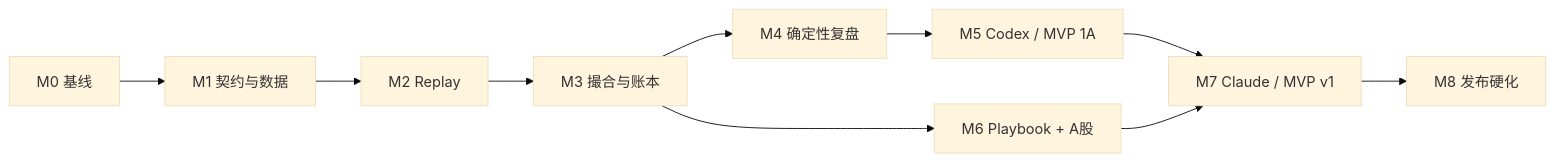
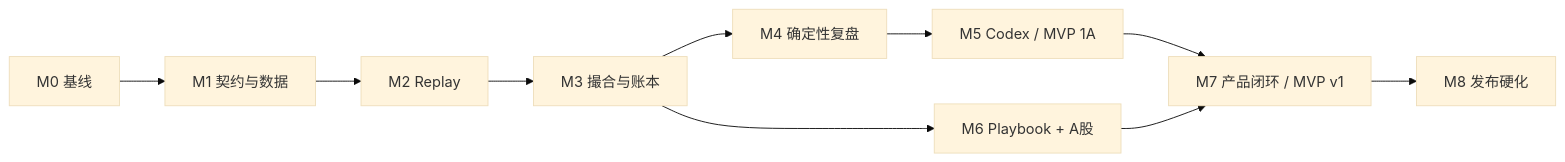
The second of 2 diagrams in docs/MVP_IMPLEMENTATION_PLAN.md (guangtouwangba/replaytutor), drawn with Mermaid (base theme) before and after one commit. The commit also changed other lines of this file and 182 other files, not shown here.

````diff
--- a/docs/MVP_IMPLEMENTATION_PLAN.md
+++ b/docs/MVP_IMPLEMENTATION_PLAN.md
@@ -929,12 +944,12 @@
 ```mermaid
 flowchart LR
     M0["M0 基线"] --> M1["M1 契约与数据"]
     M1 --> M2["M2 Replay"]
     M2 --> M3["M3 撮合与账本"]
     M3 --> M4["M4 确定性复盘"]
     M4 --> M5["M5 Codex / MVP 1A"]
     M3 --> M6["M6 Playbook + A股"]
-    M5 --> M7["M7 Claude / MVP v1"]
+    M5 --> M7["M7 产品闭环 / MVP v1"]
     M6 --> M7
     M7 --> M8["M8 发布硬化"]
 ```
````
